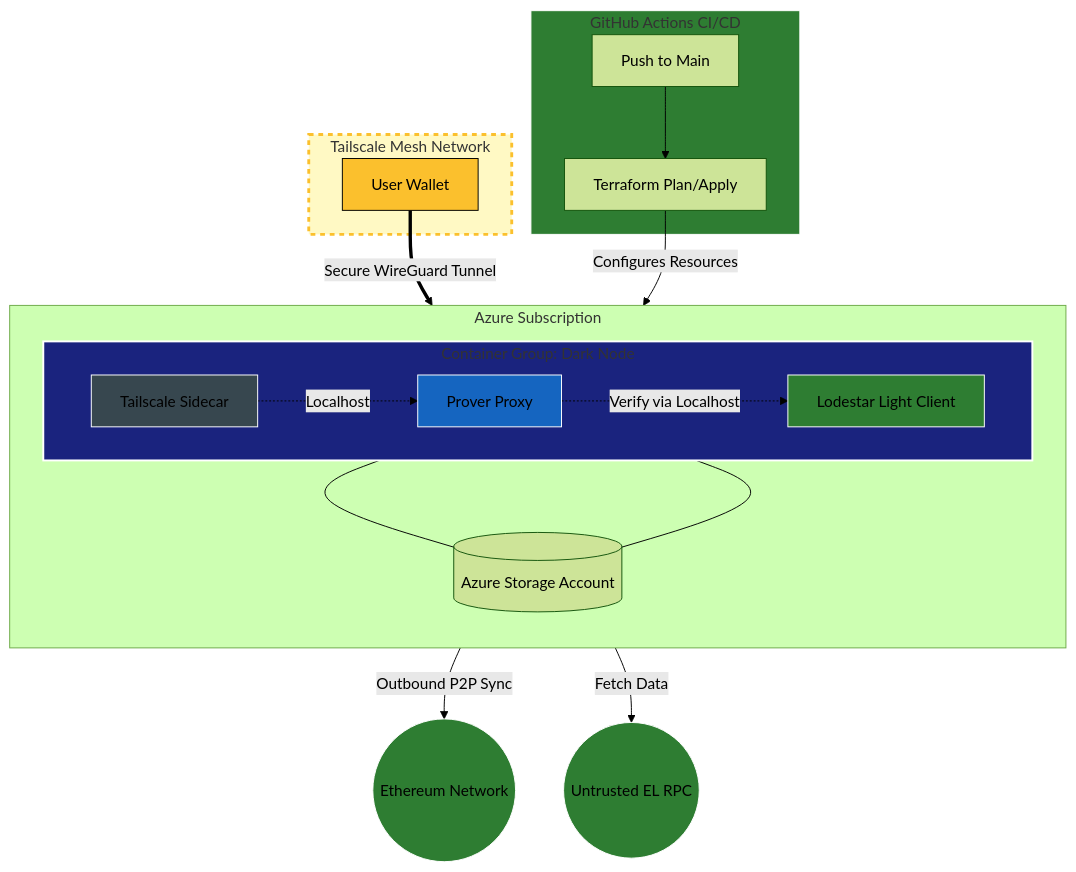
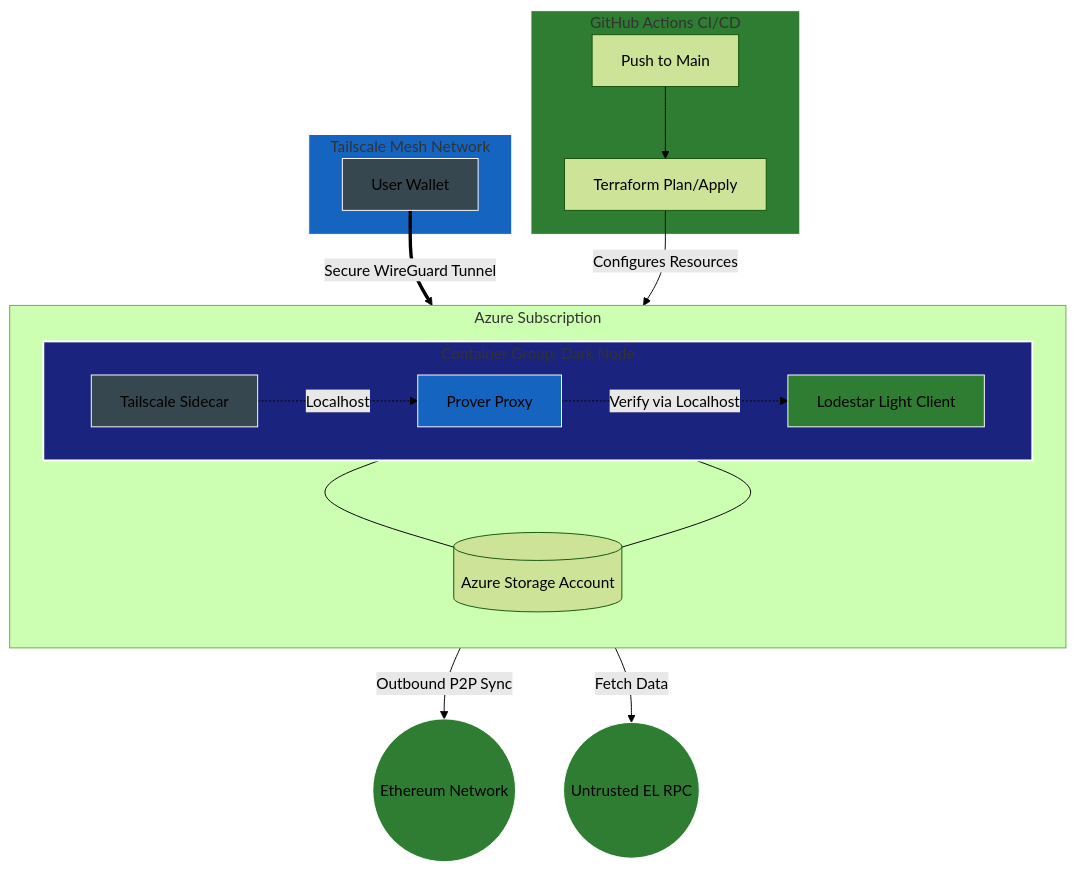
Before and after one commit to vfr750y/Cost-Optimized-Ethereum-Node-On-Azure: the first of 3 diagrams in LowLevelDesign.md, drawn with Mermaid (forest theme).

Commit message:
edit LLD

````diff
--- a/LowLevelDesign.md
+++ b/LowLevelDesign.md
@@ -20,54 +20,54 @@
 ```mermaid
 graph TD
     subgraph GitHub_Actions [GitHub Actions CI/CD]
         A[Push to Main] --> B[Terraform Plan/Apply]
     end
 
     subgraph Azure_Cloud [Azure Subscription]
         direction TB
         
         subgraph ACI_Group [Container Group: Dark Node]
             direction LR
             L[Lodestar Light Client]
             P[Prover Proxy]
             T[Tailscale Sidecar]
         end
 
         SA[(Azure Storage Account)]
     end
 
     %% Deployment Flow
     B -- "Configures Resources" --> ACI_Group
     
     %% Internet Traffic Flow (Outbound Only)
     L -- "Outbound P2P Sync" --> Internet((Ethereum Network))
     P -- "Fetch Data" --> Provider((Untrusted EL RPC))
     
     %% Storage Persistence
     L --- SA
     T --- SA
 
     %% Private Access Flow (Inbound via Tunnel)
     subgraph Private_Mesh [Tailscale Mesh Network]
         Remote_User[User Wallet]
     end
 
     Remote_User == "Secure WireGuard Tunnel" ==> T
     
     %% Internal Logic (Localhost)
     T -. "Localhost" .-> P
     P -. "Verify via Localhost" .-> L
 
     %% High-Contrast Styling
     style ACI_Group fill:#1a237e,stroke:#ffffff,stroke-width:2px,color:#ffffff %% Deep Navy Blue
-    style Private_Mesh fill:#fff9c4,stroke:#fbc02d,stroke-width:3px,stroke-dasharray: 5 5,color:#000000 %% High-Vis Yellow
+    style Private_Mesh fill:#1565c0,stroke:#ffffff,color:#ffffff %% Ocean Blue
     
     style L fill:#2e7d32,stroke:#ffffff,color:#ffffff %% Forest Green
     style P fill:#1565c0,stroke:#ffffff,color:#ffffff %% Ocean Blue
     style T fill:#37474f,stroke:#ffffff,color:#ffffff %% Slate Grey
-    style Remote_User fill:#fbc02d,stroke:#000000,color:#000000 %% Solid Yellow with Black Text
+    style Remote_User fill:#37474f,stroke:#ffffff,color:#ffffff %% Slate Grey
     
     style Internet fill:#2e7d32,stroke:#ffffff,color:#ffffff %% Forest Green
     style Provider fill:#2e7d32,stroke:#ffffff,color:#ffffff %% Forest Green
     style GitHub_Actions fill:#2e7d32,stroke:#ffffff,color:#ffffff %% Forest Green
 ```    
````
